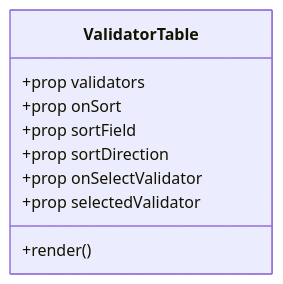
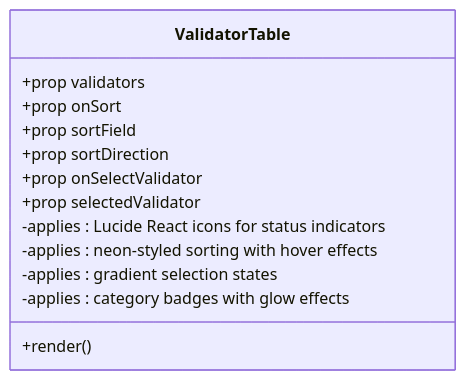
One commit to RunTimeAdmin/InfraWatch changed diagram 16 of 19 in .qoder/repowiki/en/content/Frontend Architecture/Component Architecture.md. Above: the diagram before and after it, drawn with Mermaid. The commit also changed other lines of this file and 12 other files, not shown here.

````diff
--- a/.qoder/repowiki/en/content/Frontend Architecture/Component Architecture.md
+++ b/.qoder/repowiki/en/content/Frontend Architecture/Component Architecture.md
@@ -491,12 +540,16 @@
 ```mermaid
 classDiagram
 class ValidatorTable {
 +prop validators
 +prop onSort
 +prop sortField
 +prop sortDirection
 +prop onSelectValidator
 +prop selectedValidator
 +render()
+-applies : Lucide React icons for status indicators
+-applies : neon-styled sorting with hover effects
+-applies : gradient selection states
+-applies : category badges with glow effects
 }
 ```
````
